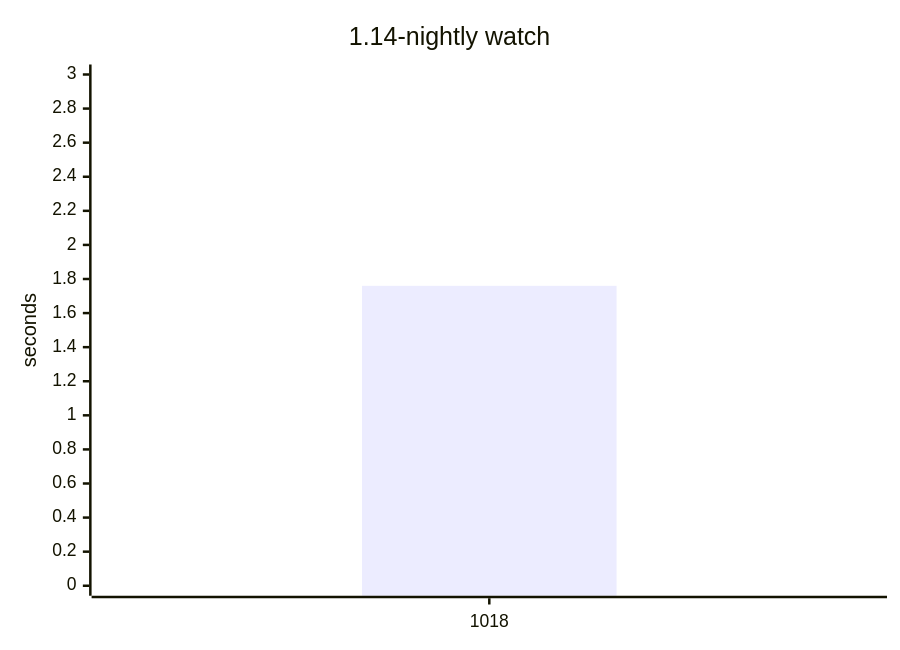
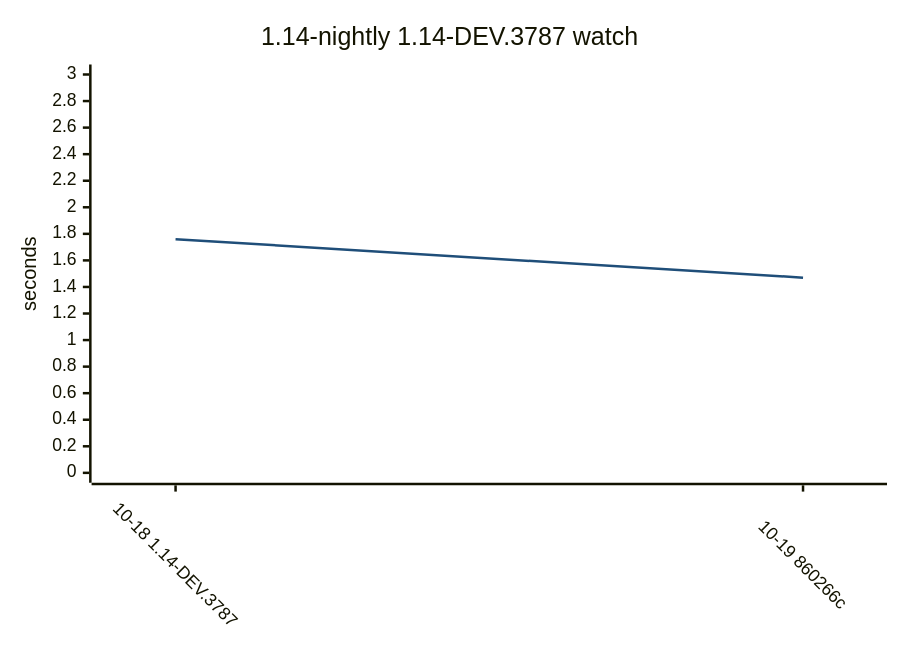
Before and after one commit to yamanori99/DistSSHQueue.jl: the ninth of 15 diagrams in README.md, drawn with Mermaid. The commit also changed other lines of this file and 1 other file, not shown here.

Commit message:
Record compile bench for 1.14-nightly.

````diff
--- a/README.md
+++ b/README.md
@@ -222,7 +302,17 @@
 ```mermaid
+---
+config:
+  theme: base
+  themeVariables:
+    xyChart:
+      plotColorPalette: "#1f4e79"
+  xyChart:
+    xAxis:
+      labelRotation: 45
+---
 xychart-beta
-    title "1.14-nightly watch"
-    x-axis ["1018"]
+    title "1.14-nightly 1.14-DEV.3787 watch"
+    x-axis ["10-18 1.14-DEV.3787", "10-19 860266c"]
     y-axis "seconds" 0 --> 3
-    bar [1.76]
+    line [1.76, 1.47]
 ```
````
